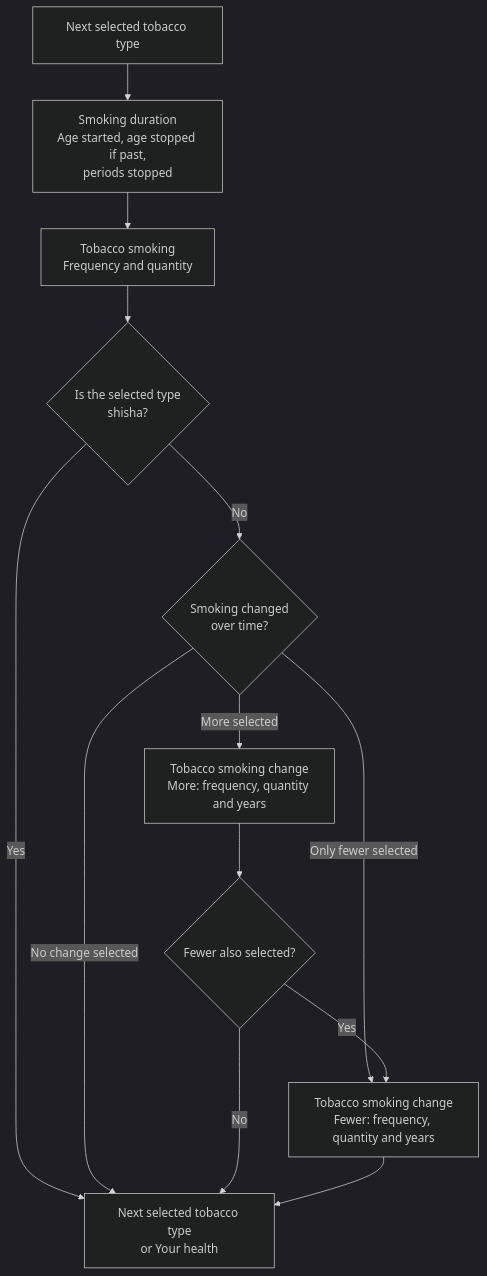
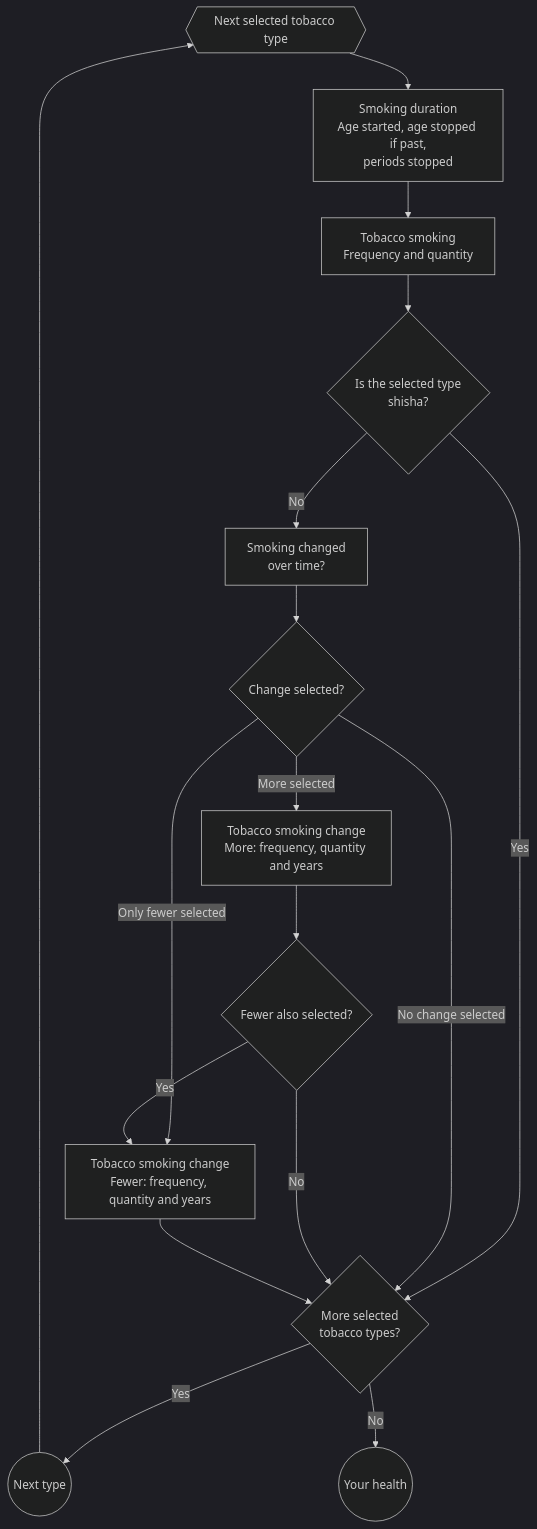
Before and after one commit to NHSDigital/prototype-lung-health-check: the second of 2 diagrams in app/prototype_v4_3/docs/question-flow.md, drawn with Mermaid (dark theme). The commit also changed other lines of this file and 2 other files, not shown here.

Commit message:
Update previous version question flowcharts

````diff
--- a/app/prototype_v4_3/docs/question-flow.md
+++ b/app/prototype_v4_3/docs/question-flow.md
@@ -68,20 +99,24 @@
 ```mermaid
 flowchart TD
-  selectedType["Next selected tobacco type"] --> duration["Smoking duration<br>Age started, age stopped if past,<br>periods stopped"]
+  selectedType{{Next selected tobacco type}} --> duration["Smoking duration<br>Age started, age stopped if past,<br>periods stopped"]
   duration --> tobaccoSmoking["Tobacco smoking<br>Frequency and quantity"]
 
   tobaccoSmoking --> isShisha{"Is the selected type<br>shisha?"}
-  isShisha -- Yes --> nextTypeOrHealth
-  isShisha -- No --> changed{"Smoking changed<br>over time?"}
+  isShisha -- Yes --> moreTypes
+  isShisha -- No --> changed["Smoking changed<br>over time?"]
 
-  changed -- No change selected --> nextTypeOrHealth
-  changed -- More selected --> moreChange["Tobacco smoking change<br>More: frequency, quantity and years"]
+  changed --> changedDecision{"Change selected?"}
+  changedDecision -- No change selected --> moreTypes
+  changedDecision -- More selected --> moreChange["Tobacco smoking change<br>More: frequency, quantity and years"]
   moreChange --> fewerSelected{"Fewer also selected?"}
 
-  changed -- Only fewer selected --> fewerChange["Tobacco smoking change<br>Fewer: frequency, quantity and years"]
+  changedDecision -- Only fewer selected --> fewerChange["Tobacco smoking change<br>Fewer: frequency, quantity and years"]
   fewerSelected -- Yes --> fewerChange
-  fewerSelected -- No --> nextTypeOrHealth
-  fewerChange --> nextTypeOrHealth
+  fewerSelected -- No --> moreTypes
+  fewerChange --> moreTypes
 
-  nextTypeOrHealth["Next selected tobacco type<br>or Your health"]
+  moreTypes{"More selected<br>tobacco types?"}
+  moreTypes -- Yes --> nextType((Next type))
+  nextType --> selectedType
+  moreTypes -- No --> health((Your health))
 ```
````
